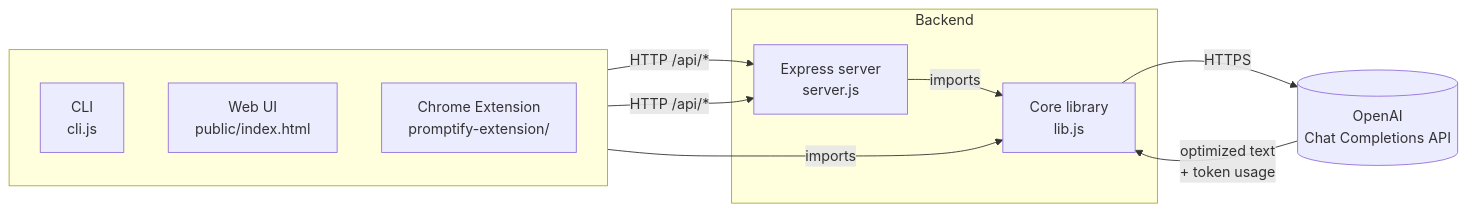
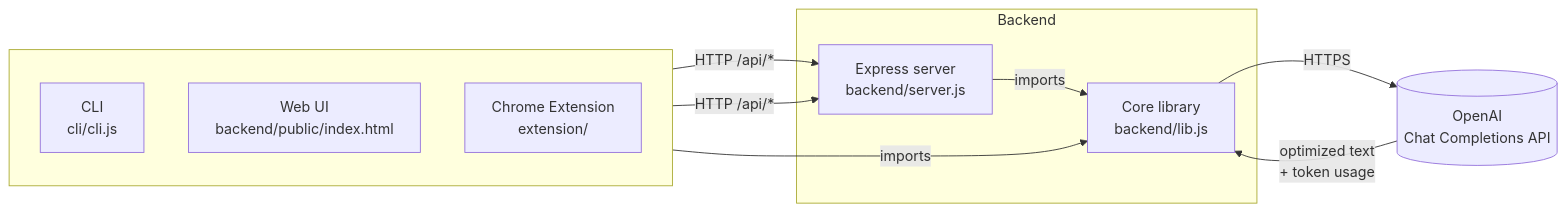
The first of 3 diagrams in docs/ARCHITECTURE.md (bsmahdi/COP-X-technical-project-submission), drawn with Mermaid before and after one commit. The commit also changed other lines of this file and 39 other files, not shown here.

Commit message:
Final organization: separated backend, cli, extension, and docs

````diff
--- a/docs/ARCHITECTURE.md
+++ b/docs/ARCHITECTURE.md
@@ -9,23 +9,23 @@
 ```mermaid
 flowchart LR
     subgraph Surfaces[" "]
         direction TB
-        CLI[CLI<br/>cli.js]
-        WEB[Web UI<br/>public/index.html]
-        EXT[Chrome Extension<br/>promptify-extension/]
+        CLI[CLI<br/>cli/cli.js]
+        WEB[Web UI<br/>backend/public/index.html]
+        EXT[Chrome Extension<br/>extension/]
     end
 
     subgraph Backend[Backend]
-        SERVER[Express server<br/>server.js]
-        LIB[Core library<br/>lib.js]
+        SERVER[Express server<br/>backend/server.js]
+        LIB[Core library<br/>backend/lib.js]
     end
 
     OPENAI[(OpenAI<br/>Chat Completions API)]
 
     CLI -->|imports| LIB
     WEB -->|HTTP /api/*| SERVER
     EXT -->|HTTP /api/*| SERVER
     SERVER -->|imports| LIB
     LIB -->|HTTPS| OPENAI
     OPENAI -->|optimized text<br/>+ token usage| LIB
 ```
````
